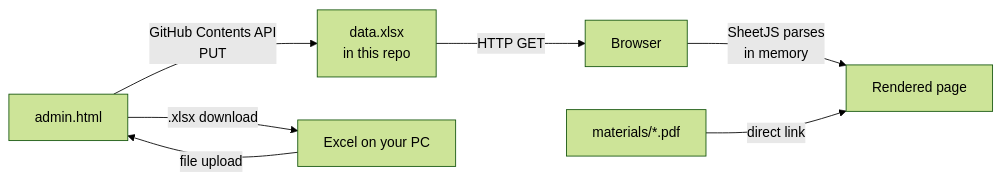
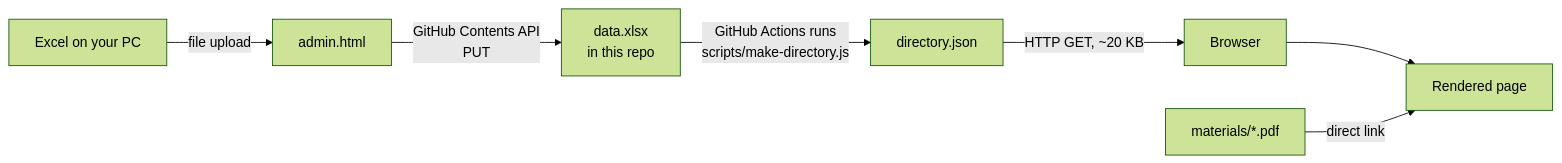
One commit to hedaprateek/People-Information changed the diagram in README.md. Above: the diagram before and after it, drawn with Mermaid (forest theme). The commit also changed other lines of this file and 9 other files, not shown here.

````diff
--- a/README.md
+++ b/README.md
@@ -19,9 +21,9 @@
 ```mermaid
 flowchart LR
-  X[data.xlsx<br/>in this repo] -->|HTTP GET| B[Browser]
-  B -->|SheetJS parses<br/>in memory| P[Rendered page]
+  E[Excel on your PC] -->|file upload| A[admin.html]
+  A -->|GitHub Contents API<br/>PUT| X[data.xlsx<br/>in this repo]
+  X -->|GitHub Actions runs<br/>scripts/make-directory.js| J[directory.json]
+  J -->|HTTP GET, ~20 KB| B[Browser]
+  B --> P[Rendered page]
   M[materials/*.pdf] -->|direct link| P
-  A[admin.html] -->|GitHub Contents API<br/>PUT| X
-  A -->|.xlsx download| E[Excel on your PC]
-  E -->|file upload| A
 ```
````
